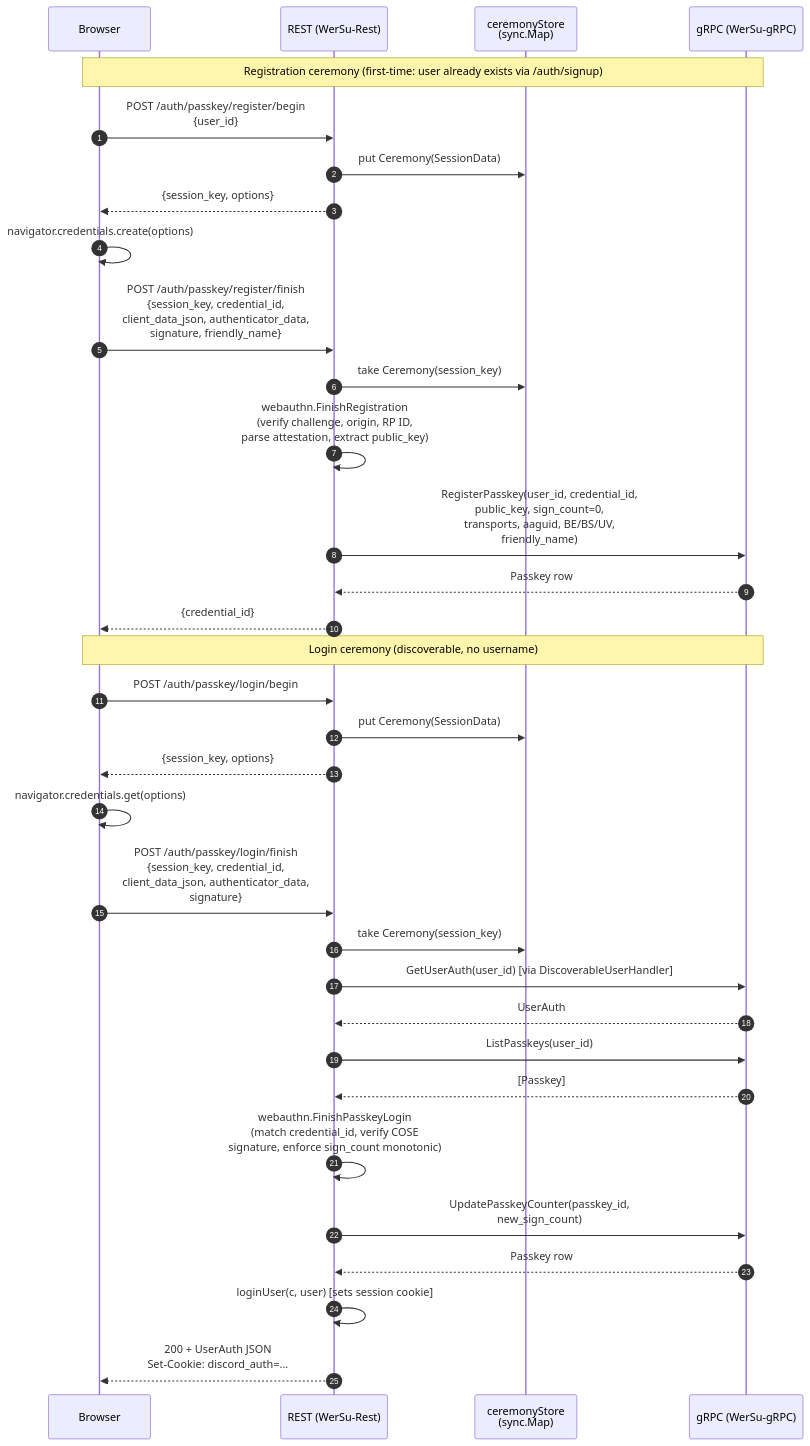
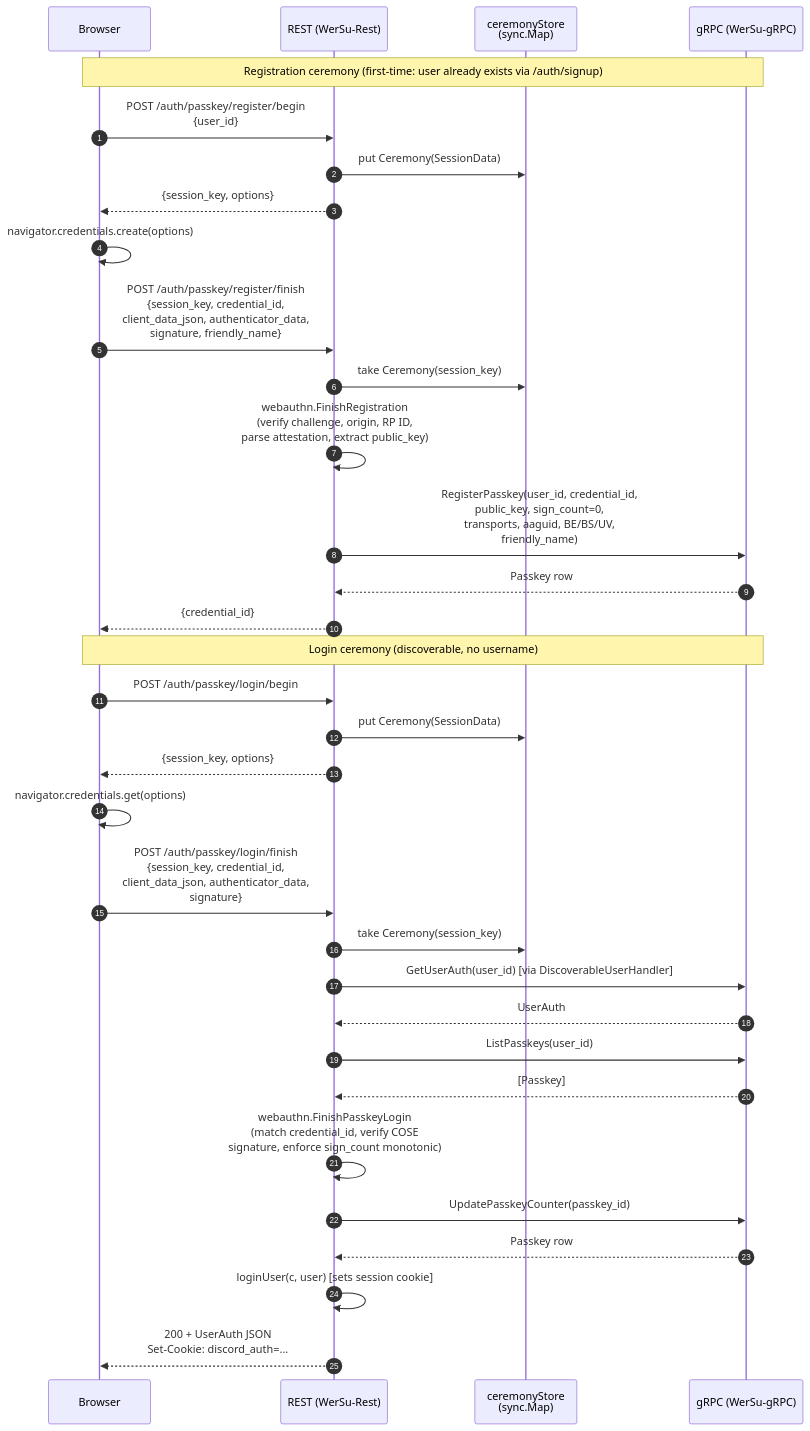
One commit to KuramaSyu/WerSu changed the first of 2 diagrams in docs/passkeys.md. Above: the diagram before and after it, drawn with Mermaid. The commit also changed other lines of this file and 7 other files, not shown here.

Commit message:
refactor: drop new_sign_count and increment by 1 instead

````diff
--- a/docs/passkeys.md
+++ b/docs/passkeys.md
@@ -109,39 +109,39 @@
 ```mermaid
 sequenceDiagram
     autonumber
     participant Browser
     participant REST as REST (WerSu-Rest)
     participant Store as ceremonyStore<br/>(sync.Map)
     participant gRPC as gRPC (WerSu-gRPC)
 
     Note over Browser,gRPC: Registration ceremony (first-time: user already exists via /auth/signup)
 
     Browser->>REST: POST /auth/passkey/register/begin<br/>{user_id}
     REST->>Store: put Ceremony(SessionData)
     REST-->>Browser: {session_key, options}
     Browser->>Browser: navigator.credentials.create(options)
     Browser->>REST: POST /auth/passkey/register/finish<br/>{session_key, credential_id,<br/>client_data_json, authenticator_data,<br/>signature, friendly_name}
     REST->>Store: take Ceremony(session_key)
     REST->>REST: webauthn.FinishRegistration<br/>(verify challenge, origin, RP ID,<br/>parse attestation, extract public_key)
     REST->>gRPC: RegisterPasskey(user_id, credential_id,<br/>public_key, sign_count=0,<br/>transports, aaguid, BE/BS/UV,<br/>friendly_name)
     gRPC-->>REST: Passkey row
     REST-->>Browser: {credential_id}
 
     Note over Browser,gRPC: Login ceremony (discoverable, no username)
 
     Browser->>REST: POST /auth/passkey/login/begin
     REST->>Store: put Ceremony(SessionData)
     REST-->>Browser: {session_key, options}
     Browser->>Browser: navigator.credentials.get(options)
     Browser->>REST: POST /auth/passkey/login/finish<br/>{session_key, credential_id,<br/>client_data_json, authenticator_data,<br/>signature}
     REST->>Store: take Ceremony(session_key)
     REST->>gRPC: GetUserAuth(user_id) [via DiscoverableUserHandler]
     gRPC-->>REST: UserAuth
     REST->>gRPC: ListPasskeys(user_id)
     gRPC-->>REST: [Passkey]
     REST->>REST: webauthn.FinishPasskeyLogin<br/>(match credential_id, verify COSE<br/>signature, enforce sign_count monotonic)
-    REST->>gRPC: UpdatePasskeyCounter(passkey_id,<br/>new_sign_count)
+    REST->>gRPC: UpdatePasskeyCounter(passkey_id)
     gRPC-->>REST: Passkey row
     REST->>REST: loginUser(c, user) [sets session cookie]
     REST-->>Browser: 200 + UserAuth JSON<br/>Set-Cookie: discord_auth=...
 ```
````
